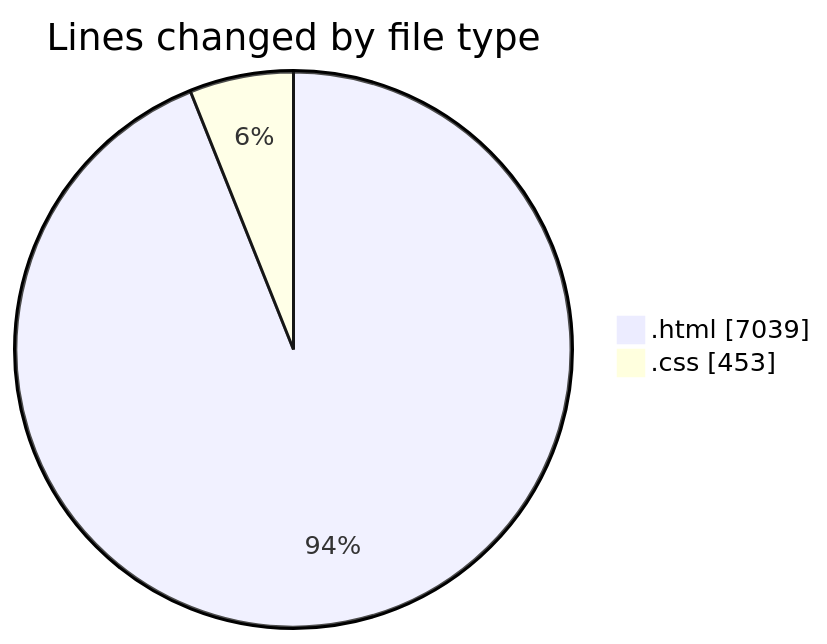
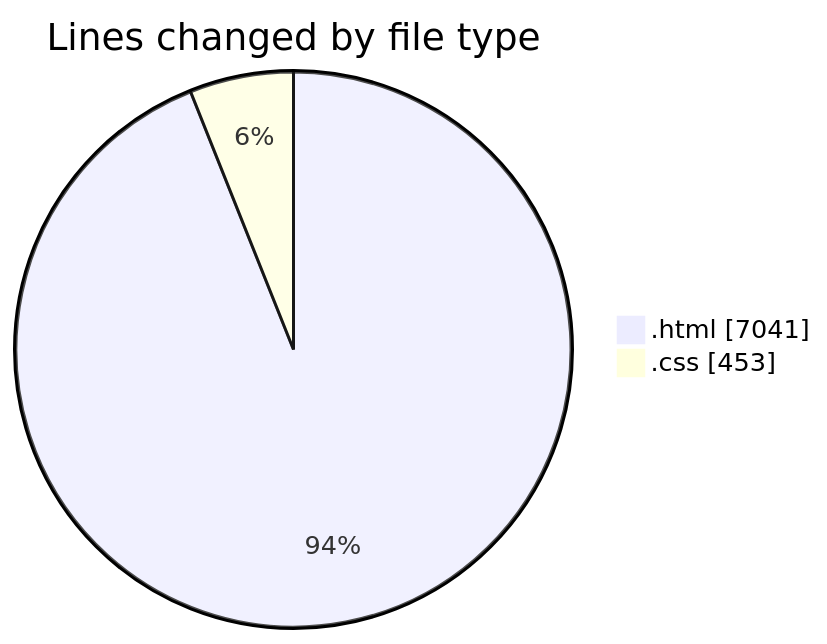
Before and after one commit to nxtqubesakshisongat/code-tracking: the first of 2 diagrams in 2025-08-09/nxtqube_webapp/README.md, drawn with Mermaid. The commit also changed other lines of this file and 1 other file, not shown here.

````diff
--- a/2025-08-09/nxtqube_webapp/README.md
+++ b/2025-08-09/nxtqube_webapp/README.md
@@ -23,6 +23,6 @@
 ```mermaid
 pie showData
 title Lines changed by file type
-".html" : 7039
+".html" : 7041
 ".css" : 453
 ```
````
